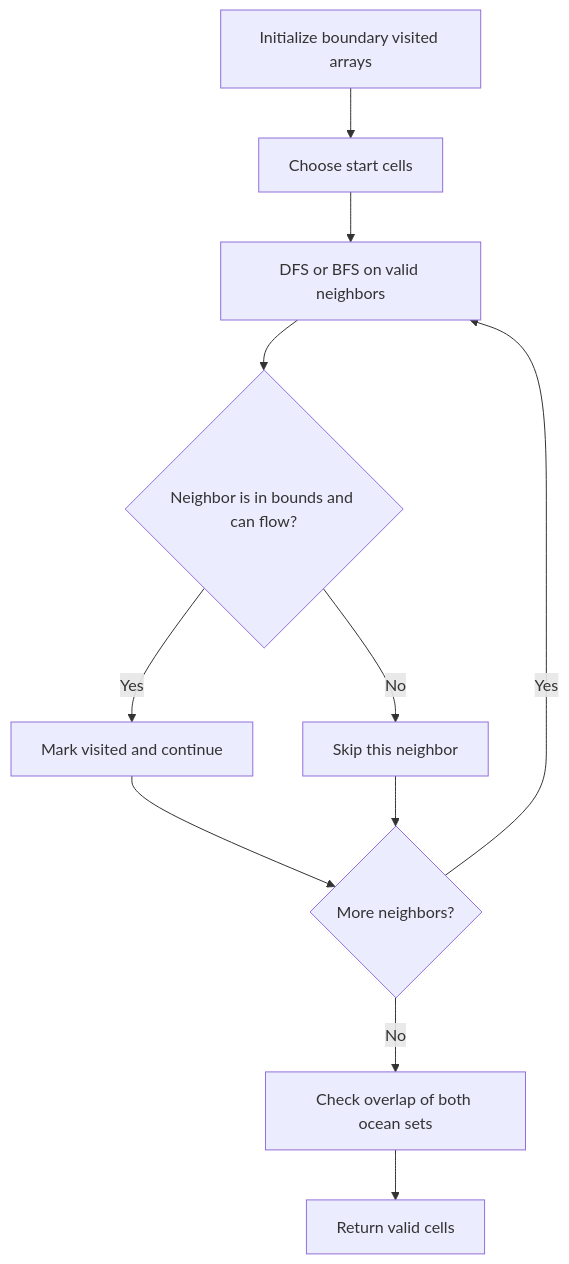
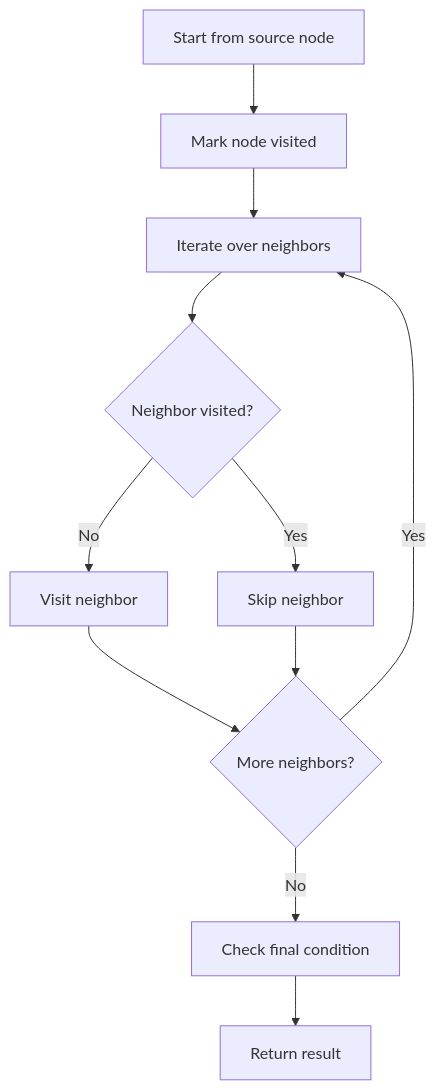
Before and after one commit to keshav-poojary/Leetcode: the diagram in NeetCode-Submissions/14-graph/05-pacific-atlantic-ocean-water-flow/readme.md, drawn with Mermaid. The commit also changed other lines of this file and 121 other files, not shown here.

````diff
--- a/NeetCode-Submissions/14-graph/05-pacific-atlantic-ocean-water-flow/readme.md
+++ b/NeetCode-Submissions/14-graph/05-pacific-atlantic-ocean-water-flow/readme.md
@@ -34,13 +34,13 @@
 ```mermaid
 flowchart TD
-    A[Initialize boundary visited arrays] --> B[Choose start cells]
-    B --> C[DFS or BFS on valid neighbors]
-    C --> D{Neighbor is in bounds and can flow?}
-    D -- Yes --> E[Mark visited and continue]
-    D -- No --> F[Skip this neighbor]
+    A[Start from source node] --> B[Mark node visited]
+    B --> C[Iterate over neighbors]
+    C --> D{Neighbor visited?}
+    D -- No --> E[Visit neighbor]
+    D -- Yes --> F[Skip neighbor]
     E --> G{More neighbors?}
     F --> G
     G -- Yes --> C
-    G -- No --> H[Check overlap of both ocean sets]
-    H --> I[Return valid cells]
+    G -- No --> H[Check final condition]
+    H --> I[Return result]
 ```
````
